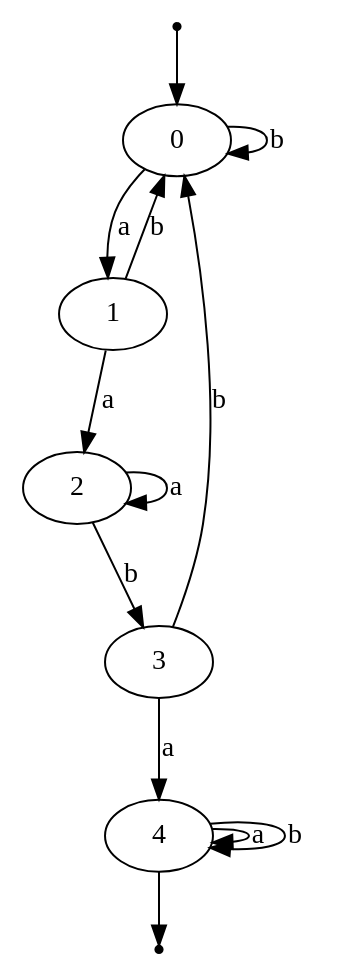
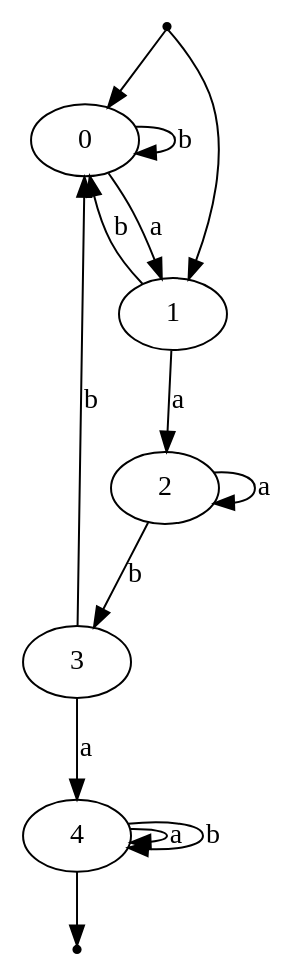
The diagram in demo.dot (omarelhorre/automate), drawn with Graphviz before and after one commit. The commit also changed 4 other files, not shown here.

```diff
--- a/demo.dot
+++ b/demo.dot
@@ -1,16 +1,17 @@
 digraph G {
     init [shape=point];
     fin [shape=point];
     init -> 0;
+    init -> 1;
     0 -> 0 [label="b"];
     0 -> 1 [label="a"];
     1 -> 0 [label="b"];
     1 -> 2 [label="a"];
     2 -> 2 [label="a"];
     2 -> 3 [label="b"];
     3 -> 0 [label="b"];
     3 -> 4 [label="a"];
     4 -> 4 [label="a"];
     4 -> 4 [label="b"];
     4 -> fin;
 }
```
